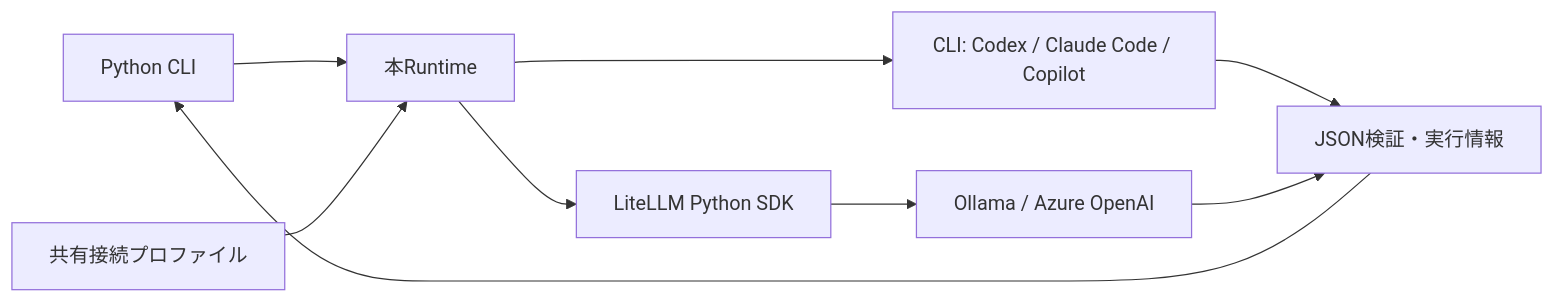
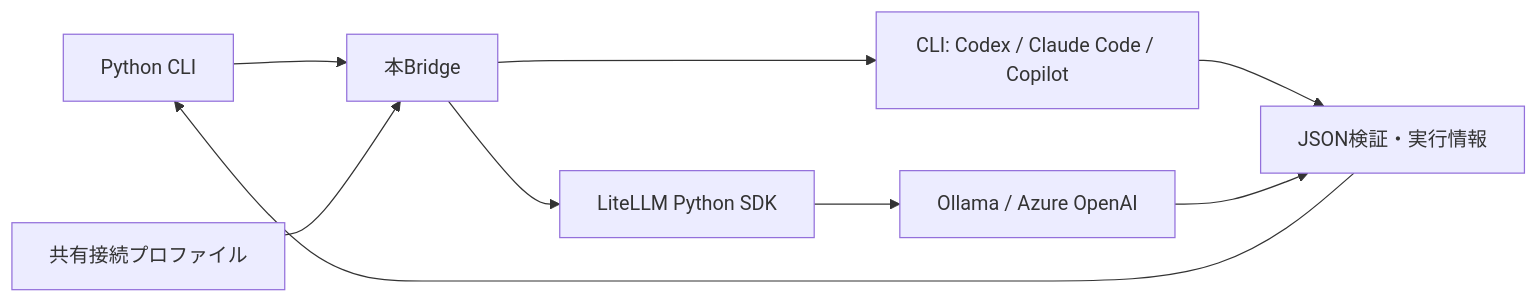
One commit to tuckn/tkn_genai_bridge changed the diagram in README.md. Above: the diagram before and after it, drawn with Mermaid. The commit also changed other lines of this file and 35 other files, not shown here.

````diff
--- a/README.md
+++ b/README.md
@@ -26,11 +26,11 @@
 ```mermaid
 flowchart LR
-    A["Python CLI"] --> B["本Runtime"]
+    A["Python CLI"] --> B["本Bridge"]
     C["共有接続プロファイル"] --> B
     B --> D["CLI: Codex / Claude Code / Copilot"]
     B --> E["LiteLLM Python SDK"]
     E --> G["Ollama / Azure OpenAI"]
     D --> F["JSON検証・実行情報"]
     G --> F
     F --> A
 ```
````
